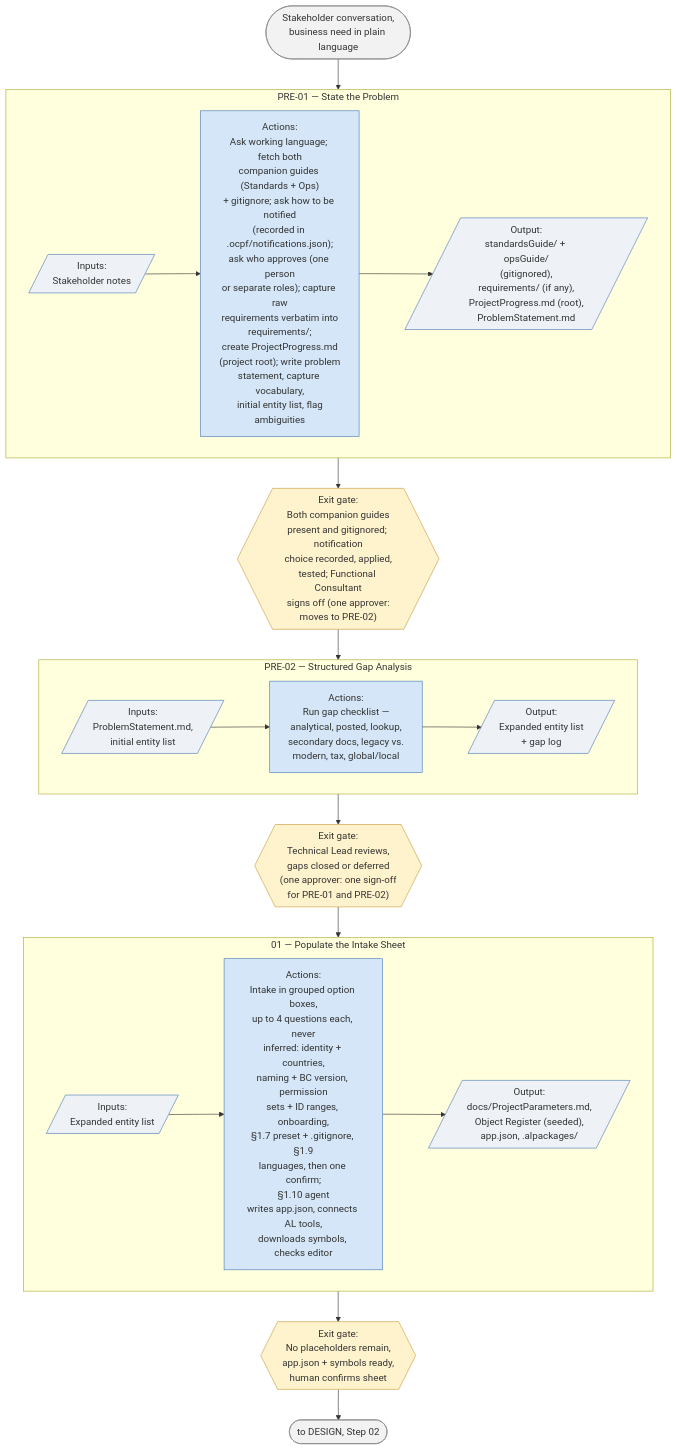
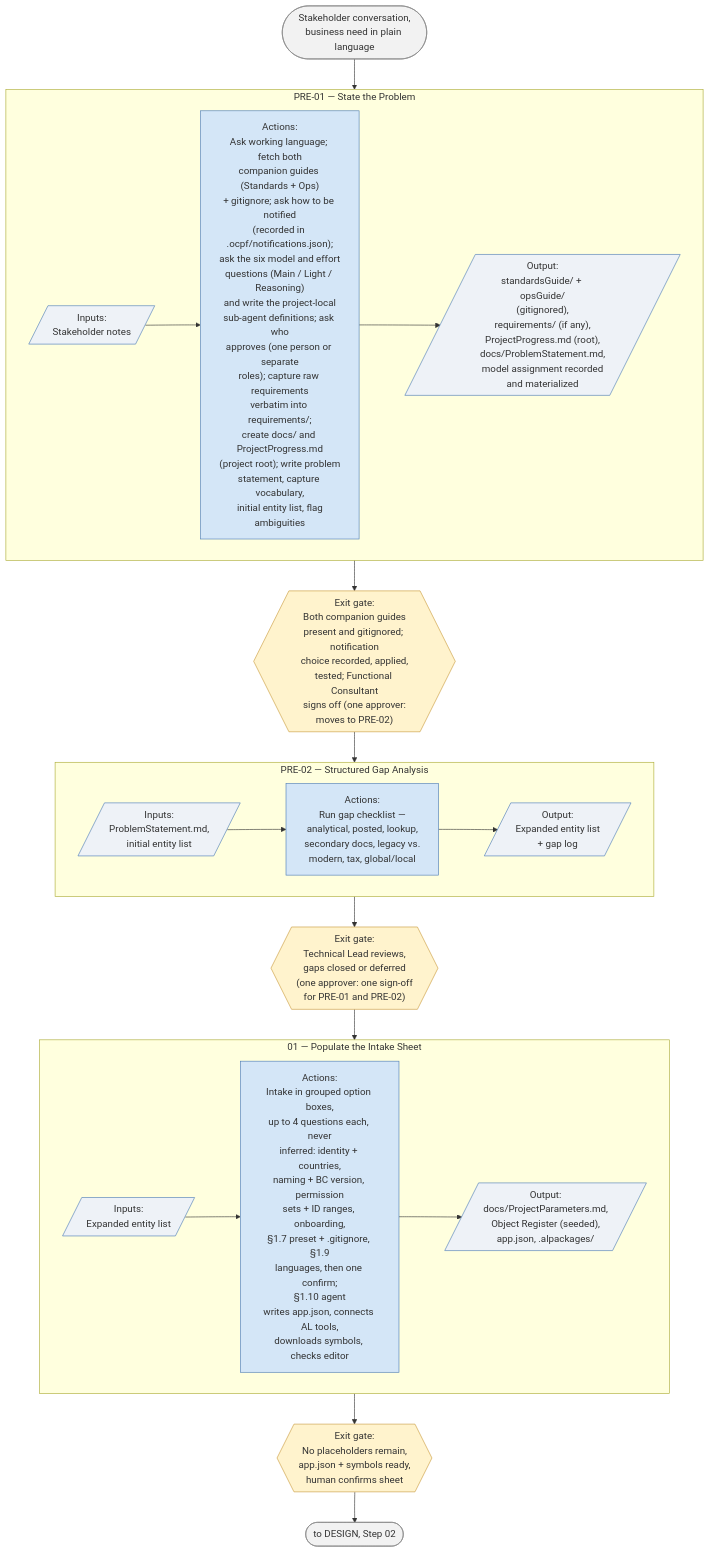
One commit to ajansari/ocpfBcAgenticDevFramework changed the third of 8 diagrams in fullVersion/RunbookSchematics.md. Above: the diagram before and after it, drawn with Mermaid. The commit also changed other lines of this file and 26 other files, not shown here.

````diff
--- a/fullVersion/RunbookSchematics.md
+++ b/fullVersion/RunbookSchematics.md
@@ -126,35 +126,35 @@
 ```mermaid
 flowchart TD
     Start(["Stakeholder conversation,<br/>business need in plain language"]) --> PRE01
 
     subgraph PRE01["PRE-01 — State the Problem"]
         direction LR
-        In1[/"Inputs:<br/>Stakeholder notes"/] --> Act1["Actions:<br/>Ask working language; fetch both<br/>companion guides (Standards + Ops)<br/>+ gitignore; ask how to be notified<br/>(recorded in .ocpf/notifications.json);<br/>ask who approves (one person<br/>or separate roles); capture raw<br/>requirements verbatim into<br/>requirements/;<br/>create ProjectProgress.md<br/>(project root); write problem<br/>statement, capture vocabulary,<br/>initial entity list, flag<br/>ambiguities"] --> Out1[/"Output:<br/>standardsGuide/ + opsGuide/<br/>(gitignored),<br/>requirements/ (if any),<br/>ProjectProgress.md (root),<br/>ProblemStatement.md"/]
+        In1[/"Inputs:<br/>Stakeholder notes"/] --> Act1["Actions:<br/>Ask working language; fetch both<br/>companion guides (Standards + Ops)<br/>+ gitignore; ask how to be notified<br/>(recorded in .ocpf/notifications.json);<br/>ask the six model and effort<br/>questions (Main / Light / Reasoning)<br/>and write the project-local<br/>sub-agent definitions; ask who<br/>approves (one person or separate<br/>roles); capture raw requirements<br/>verbatim into requirements/;<br/>create docs/ and ProjectProgress.md<br/>(project root); write problem<br/>statement, capture vocabulary,<br/>initial entity list, flag<br/>ambiguities"] --> Out1[/"Output:<br/>standardsGuide/ + opsGuide/<br/>(gitignored),<br/>requirements/ (if any),<br/>ProjectProgress.md (root),<br/>docs/ProblemStatement.md,<br/>model assignment recorded<br/>and materialized"/]
     end
     PRE01 --> Gate1{{"Exit gate:<br/>Both companion guides<br/>present and gitignored; notification<br/>choice recorded, applied,<br/>tested; Functional Consultant<br/>signs off (one approver:<br/>moves to PRE-02)"}}
 
     Gate1 --> PRE02
     subgraph PRE02["PRE-02 — Structured Gap Analysis"]
         direction LR
         In2[/"Inputs:<br/>ProblemStatement.md,<br/>initial entity list"/] --> Act2["Actions:<br/>Run gap checklist —<br/>analytical, posted, lookup,<br/>secondary docs, legacy vs.<br/>modern, tax, global/local"] --> Out2[/"Output:<br/>Expanded entity list<br/>+ gap log"/]
     end
     PRE02 --> Gate2{{"Exit gate:<br/>Technical Lead reviews,<br/>gaps closed or deferred<br/>(one approver: one sign-off<br/>for PRE-01 and PRE-02)"}}
 
     Gate2 --> S01
     subgraph S01["01 — Populate the Intake Sheet"]
         direction LR
         In3[/"Inputs:<br/>Expanded entity list"/] --> Act3["Actions:<br/>Intake in grouped option boxes,<br/>up to 4 questions each, never<br/>inferred: identity + countries,<br/>naming + BC version, permission<br/>sets + ID ranges, onboarding,<br/>§1.7 preset + .gitignore, §1.9<br/>languages, then one confirm;<br/>§1.10 agent<br/>writes app.json, connects AL tools,<br/>downloads symbols, checks editor"] --> Out3[/"Output:<br/>docs/ProjectParameters.md,<br/>Object Register (seeded),<br/>app.json, .alpackages/"/]
     end
     S01 --> Gate3{{"Exit gate:<br/>No placeholders remain,<br/>app.json + symbols ready,<br/>human confirms sheet"}}
 
     Gate3 --> Next(["to DESIGN, Step 02"])
 
     classDef io fill:#eef2f7,stroke:#4a7ab5,stroke-width:1px;
     classDef act fill:#d4e6f7,stroke:#4a7ab5,stroke-width:1px;
     classDef gate fill:#fff3cd,stroke:#c99a3a,stroke-width:1px;
     classDef endpoint fill:#f2f2f2,stroke:#888,stroke-width:1px;
     class In1,Out1,In2,Out2,In3,Out3 io;
     class Act1,Act2,Act3 act;
     class Gate1,Gate2,Gate3 gate;
     class Start,Next endpoint;
 ```
````
